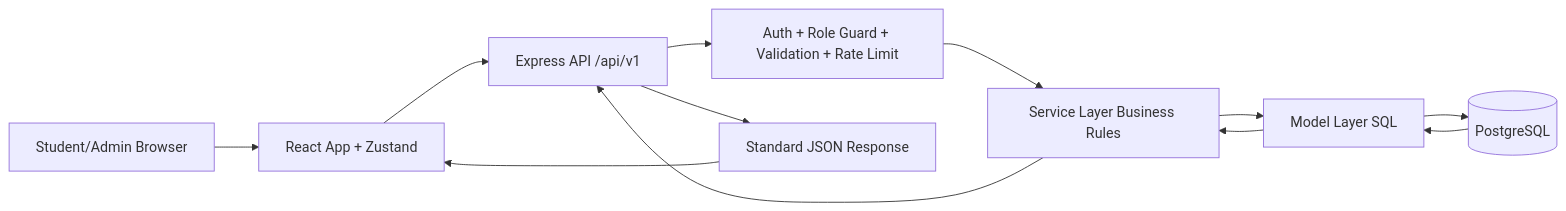
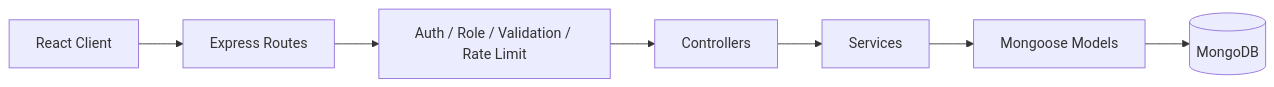
Before and after one commit to VarunPandrangi/groupd: the second of 2 diagrams in README.md, drawn with Mermaid. The commit also changed other lines of this file and 14 other files, not shown here.

````diff
--- a/README.md
+++ b/README.md
@@ -56,14 +169,9 @@
 ```mermaid
 flowchart LR
-    U[Student/Admin Browser] --> UI[React App + Zustand]
-    UI --> API[Express API /api/v1]
-    API --> MW[Auth + Role Guard + Validation + Rate Limit]
-    MW --> SVC[Service Layer Business Rules]
-    SVC --> MODEL[Model Layer SQL]
-    MODEL --> DB[(PostgreSQL)]
-    DB --> MODEL
-    MODEL --> SVC
-    SVC --> API
-    API --> RESP[Standard JSON Response]
-    RESP --> UI
+  UI[React Client] --> RT[Express Routes]
+  RT --> MW[Auth / Role / Validation / Rate Limit]
+  MW --> CT[Controllers]
+  CT --> SV[Services]
+  SV --> MD[Mongoose Models]
+  MD --> DB[(MongoDB)]
 ```
````
